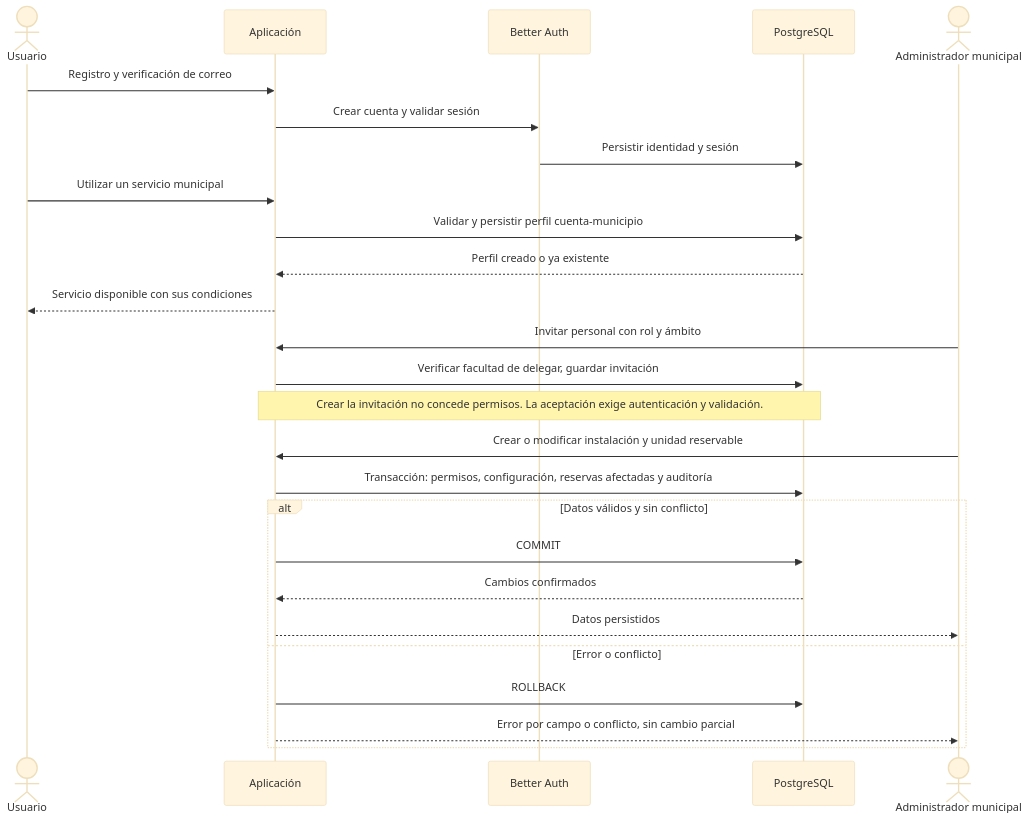
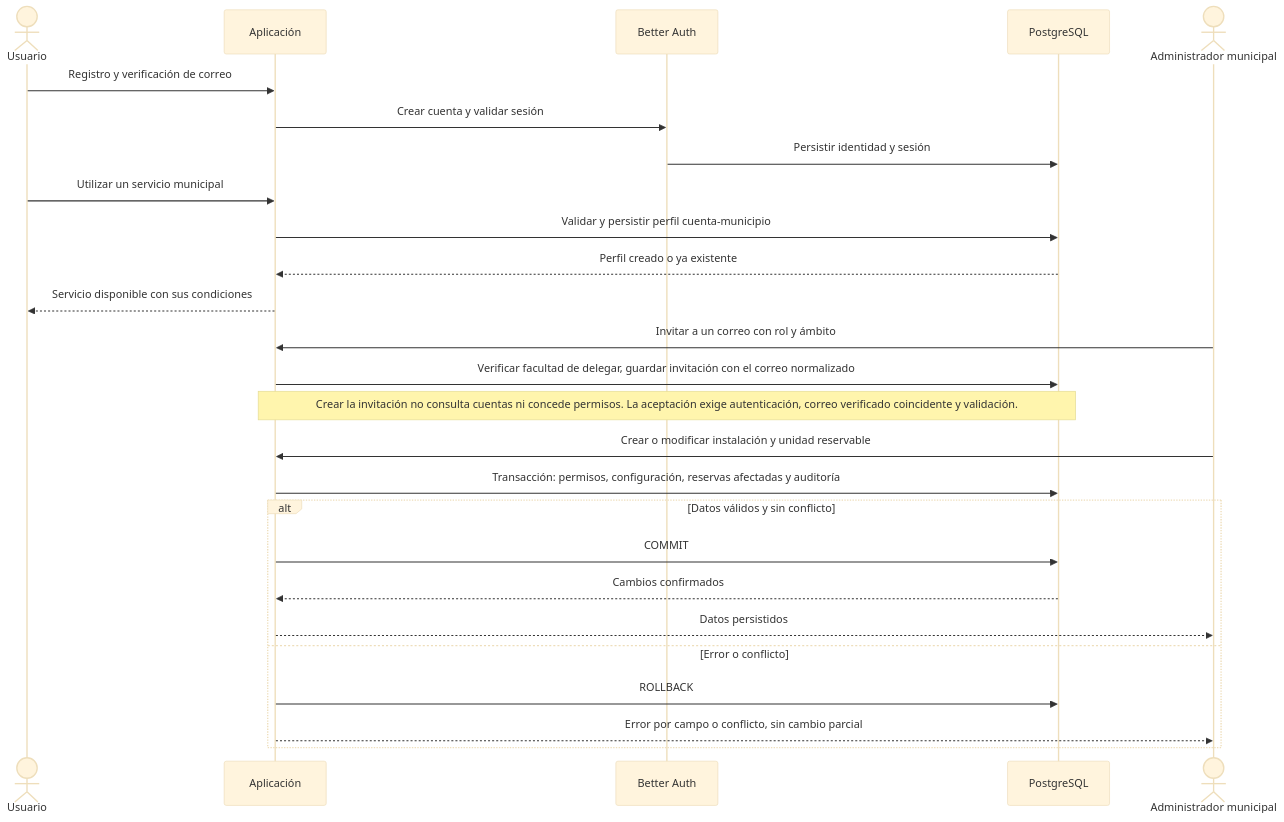
The second of 6 diagrams in docs/03_procesos_y_secuencias.md (alanslzrr/quenda), drawn with Mermaid (base theme) before and after one commit. The commit also changed other lines of this file and 1 other file, not shown here.

Commit message:
docs(procesos): address invitations to a verified email in onboarding and delegation

````diff
--- a/docs/03_procesos_y_secuencias.md
+++ b/docs/03_procesos_y_secuencias.md
@@ -55,28 +55,28 @@
 ```mermaid
 sequenceDiagram
   actor C as Usuario
   participant A as Aplicación
   participant I as Better Auth
   participant D as PostgreSQL
   actor M as Administrador municipal
   C->>A: Registro y verificación de correo
   A->>I: Crear cuenta y validar sesión
   I->>D: Persistir identidad y sesión
   C->>A: Utilizar un servicio municipal
   A->>D: Validar y persistir perfil cuenta-municipio
   D-->>A: Perfil creado o ya existente
   A-->>C: Servicio disponible con sus condiciones
-  M->>A: Invitar personal con rol y ámbito
-  A->>D: Verificar facultad de delegar, guardar invitación
-  Note over A,D: Crear la invitación no concede permisos. La aceptación exige autenticación y validación.
+  M->>A: Invitar a un correo con rol y ámbito
+  A->>D: Verificar facultad de delegar, guardar invitación con el correo normalizado
+  Note over A,D: Crear la invitación no consulta cuentas ni concede permisos. La aceptación exige autenticación, correo verificado coincidente y validación.
   M->>A: Crear o modificar instalación y unidad reservable
   A->>D: Transacción: permisos, configuración, reservas afectadas y auditoría
   alt Datos válidos y sin conflicto
     A->>D: COMMIT
     D-->>A: Cambios confirmados
     A-->>M: Datos persistidos
   else Error o conflicto
     A->>D: ROLLBACK
     A-->>M: Error por campo o conflicto, sin cambio parcial
   end
 ```
````
